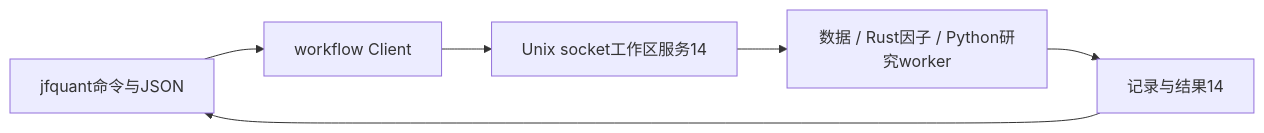
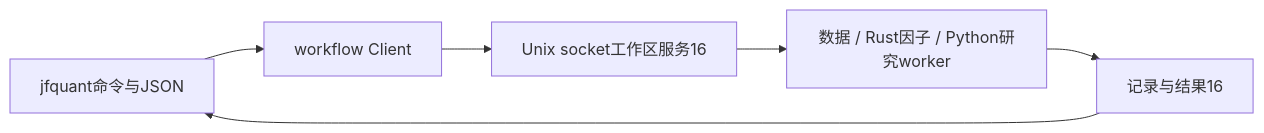
One commit to Dennishaha/JFQuant changed the diagram in crates/cli/README.md. Above: the diagram before and after it, drawn with Mermaid. The commit also changed other lines of this file and 47 other files, not shown here.

````diff
--- a/crates/cli/README.md
+++ b/crates/cli/README.md
@@ -6,8 +6,8 @@
 ```mermaid
 flowchart LR
  CLI[jfquant命令与JSON] --> C[workflow Client]
- C --> S[Unix socket工作区服务14]
+ C --> S[Unix socket工作区服务16]
  S --> W[数据 / Rust因子 / Python研究worker]
- W --> R[记录与结果14]
+ W --> R[记录与结果16]
  R --> CLI
 ```
````
